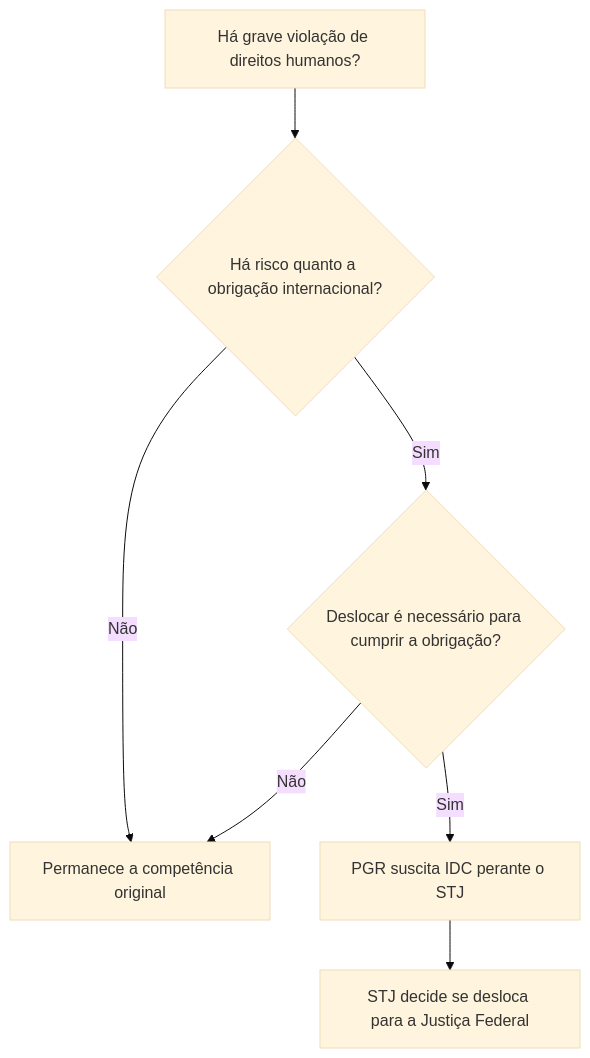
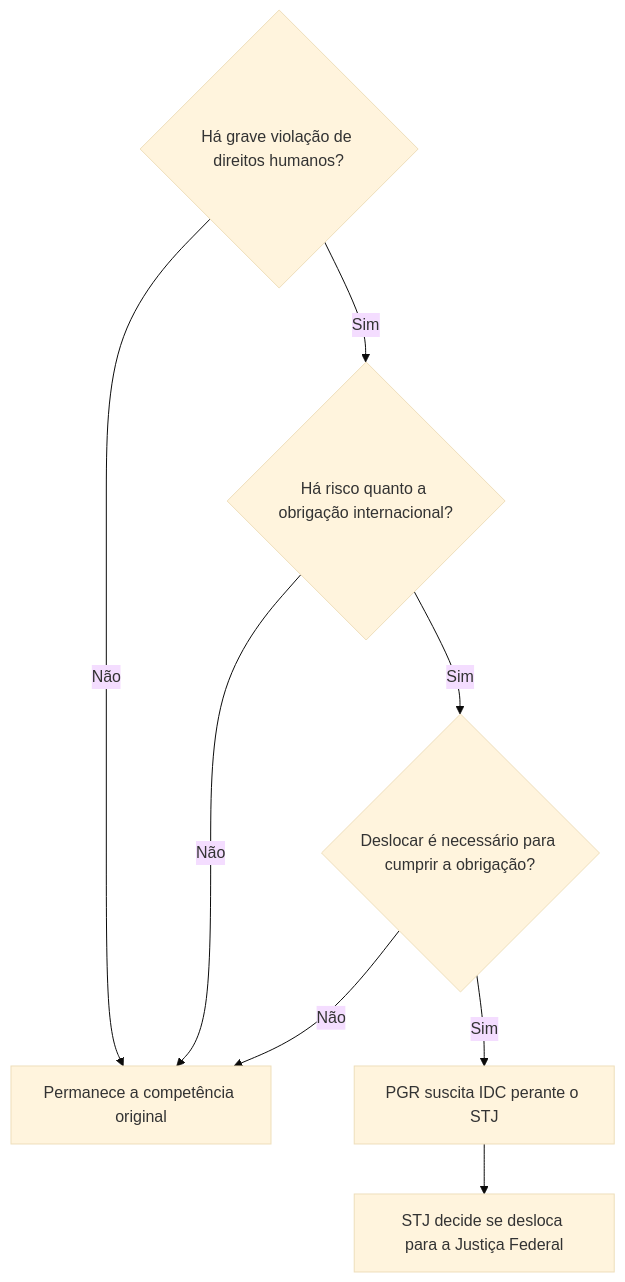
The first of 2 diagrams in content/material/direito-constitucional/m11/a13-s06.md (ValerioFerreira/mentoria-cfo), drawn with Mermaid (base theme) before and after one commit. The commit also changed other lines of this file and 63 other files, not shown here.

````diff
--- a/content/material/direito-constitucional/m11/a13-s06.md
+++ b/content/material/direito-constitucional/m11/a13-s06.md
@@ -77,9 +77,10 @@
-```mermaid Distinção entre vias recursais
+```mermaid Requisitos do incidente de deslocamento de competência
 flowchart TD
-A[Há grave violação de direitos humanos?] --> B{Há risco quanto a obrigação internacional?}
-B -->|Não| C[Permanece a competência original]
+A{Há grave violação de direitos humanos?} -->|Não| C[Permanece a competência original]
+A -->|Sim| B{Há risco quanto a obrigação internacional?}
+B -->|Não| C
 B -->|Sim| D{Deslocar é necessário para cumprir a obrigação?}
 D -->|Não| C
 D -->|Sim| E[PGR suscita IDC perante o STJ]
 E --> F[STJ decide se desloca para a Justiça Federal]
 ```
````
